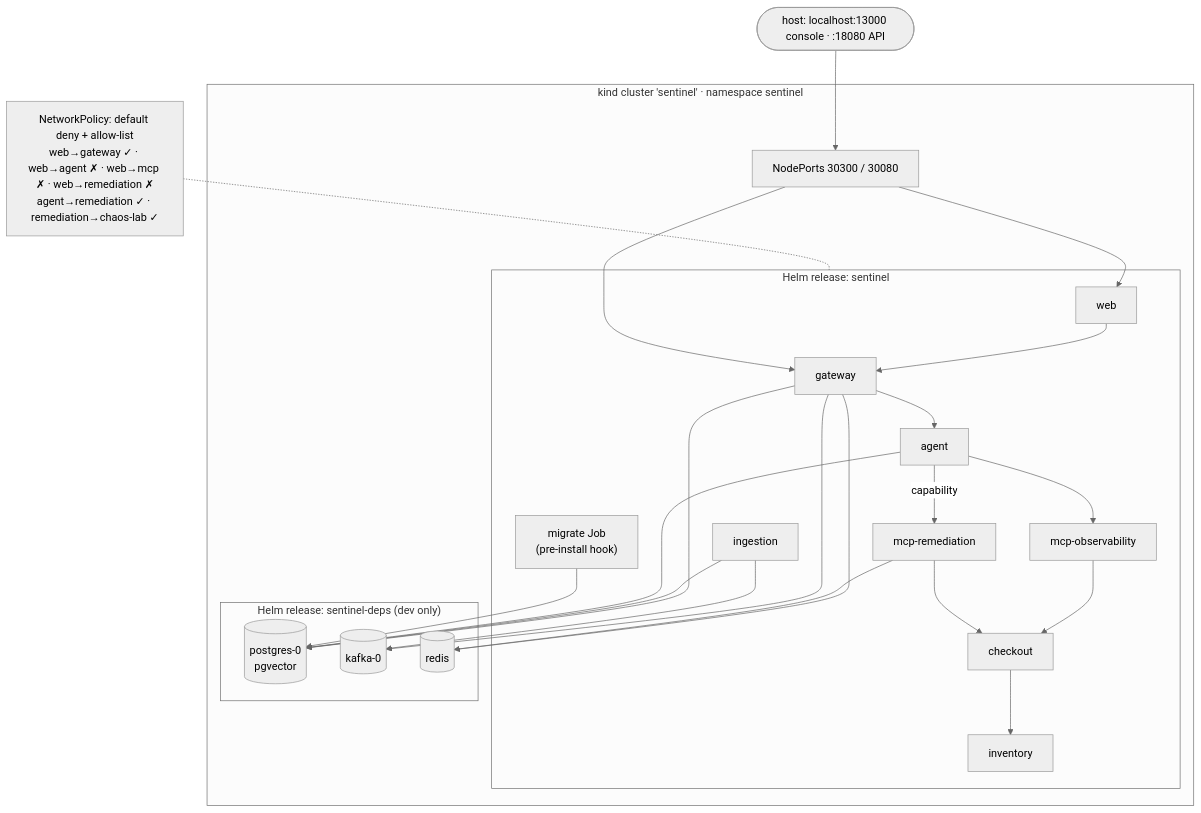
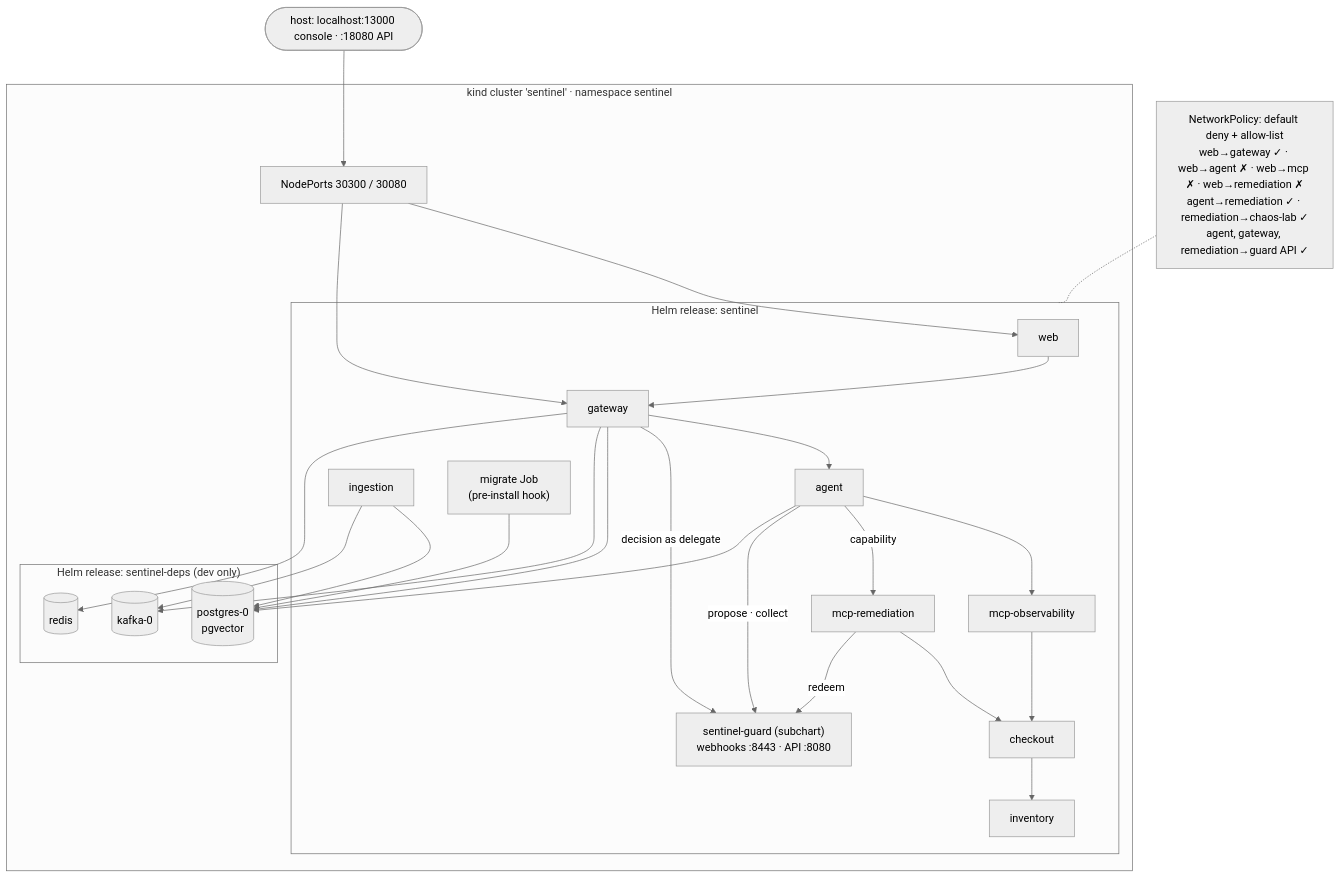
Before and after one commit to abdulmdev/sentinel-incident-copilot: the diagram in docs/handbook/diagrams/13-kind.mmd, drawn with Mermaid (neutral theme). The commit also changed 173 other files, not shown here.

First line of the commit message:
The copilot on Sentinel Guard: one approval and capability path

```diff
--- a/docs/handbook/diagrams/13-kind.mmd
+++ b/docs/handbook/diagrams/13-kind.mmd
@@ -1,21 +1,25 @@
 flowchart TB
   HOST([host: localhost:13000 console · :18080 API]) --> NP
   subgraph kind["kind cluster 'sentinel' · namespace sentinel"]
     NP[NodePorts 30300 / 30080]
     subgraph rel1["Helm release: sentinel"]
       WEB[web] --> GW[gateway] --> AG[agent] --> MO[mcp-observability] --> CK[checkout] --> INV[inventory]
       AG -->|capability| MR[mcp-remediation] --> CK
+      SG["sentinel-guard (subchart)<br/>webhooks :8443 · API :8080"]
+      AG -->|propose · collect| SG
+      GW -->|decision as delegate| SG
+      MR -->|redeem| SG
       ING[ingestion]
       JOB["migrate Job<br/>(pre-install hook)"]
     end
     subgraph rel2["Helm release: sentinel-deps (dev only)"]
       PG[(postgres-0<br/>pgvector)]
       KF[(kafka-0)]
       RD[(redis)]
     end
     NP --> WEB & GW
     GW & ING & AG & JOB --> PG
     GW & ING --> KF
-    GW & MR --> RD
+    GW --> RD
   end
-  NPOL["NetworkPolicy: default deny + allow-list<br/>web→gateway ✓ · web→agent ✗ · web→mcp ✗ · web→remediation ✗<br/>agent→remediation ✓ · remediation→chaos-lab ✓"] -.- rel1
+  NPOL["NetworkPolicy: default deny + allow-list<br/>web→gateway ✓ · web→agent ✗ · web→mcp ✗ · web→remediation ✗<br/>agent→remediation ✓ · remediation→chaos-lab ✓<br/>agent, gateway, remediation→guard API ✓"] -.- rel1
```
